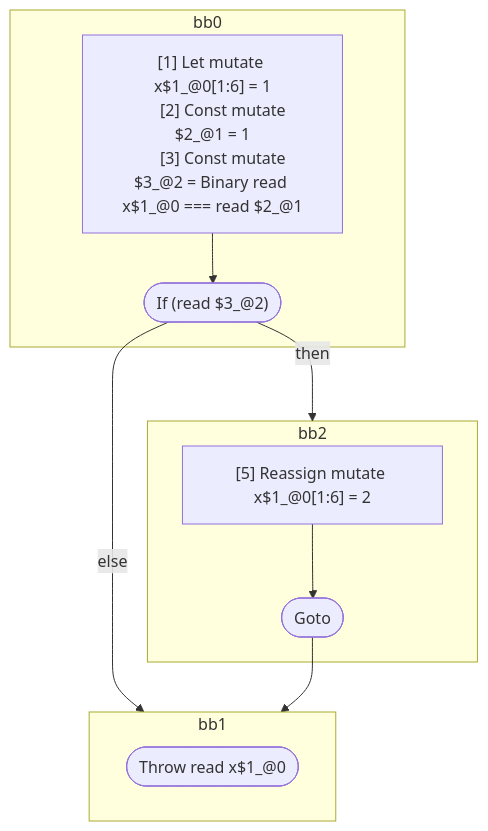
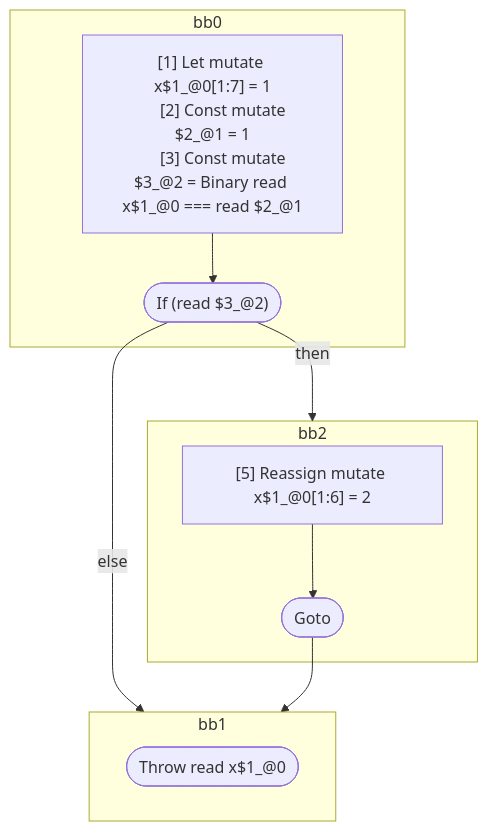
The diagram in compiler/forget/src/__tests__/fixtures/hir/ssa-throw.expect.md (wutsmog/private), drawn with Mermaid before and after one commit. The commit also changed other lines of this file and 26 other files, not shown here.

````diff
--- a/compiler/forget/src/__tests__/fixtures/hir/ssa-throw.expect.md
+++ b/compiler/forget/src/__tests__/fixtures/hir/ssa-throw.expect.md
@@ -34,27 +34,27 @@
 ```mermaid
 flowchart TB
   %% Basic Blocks
   subgraph bb0
     bb0_instrs["
-      [1] Let mutate x$1_@0[1:6] = 1
+      [1] Let mutate x$1_@0[1:7] = 1
       [2] Const mutate $2_@1 = 1
       [3] Const mutate $3_@2 = Binary read x$1_@0 === read $2_@1
     "]
     bb0_instrs --> bb0_terminal(["If (read $3_@2)"])
   end
   subgraph bb2
     bb2_instrs["
       [5] Reassign mutate x$1_@0[1:6] = 2
     "]
     bb2_instrs --> bb2_terminal(["Goto"])
   end
   subgraph bb1
     bb1_terminal(["Throw read x$1_@0"])
   end
 
   %% Jumps
   bb0_terminal -- "then" --> bb2
   bb0_terminal -- "else" --> bb1
   bb2_terminal --> bb1
 
 ```
````
